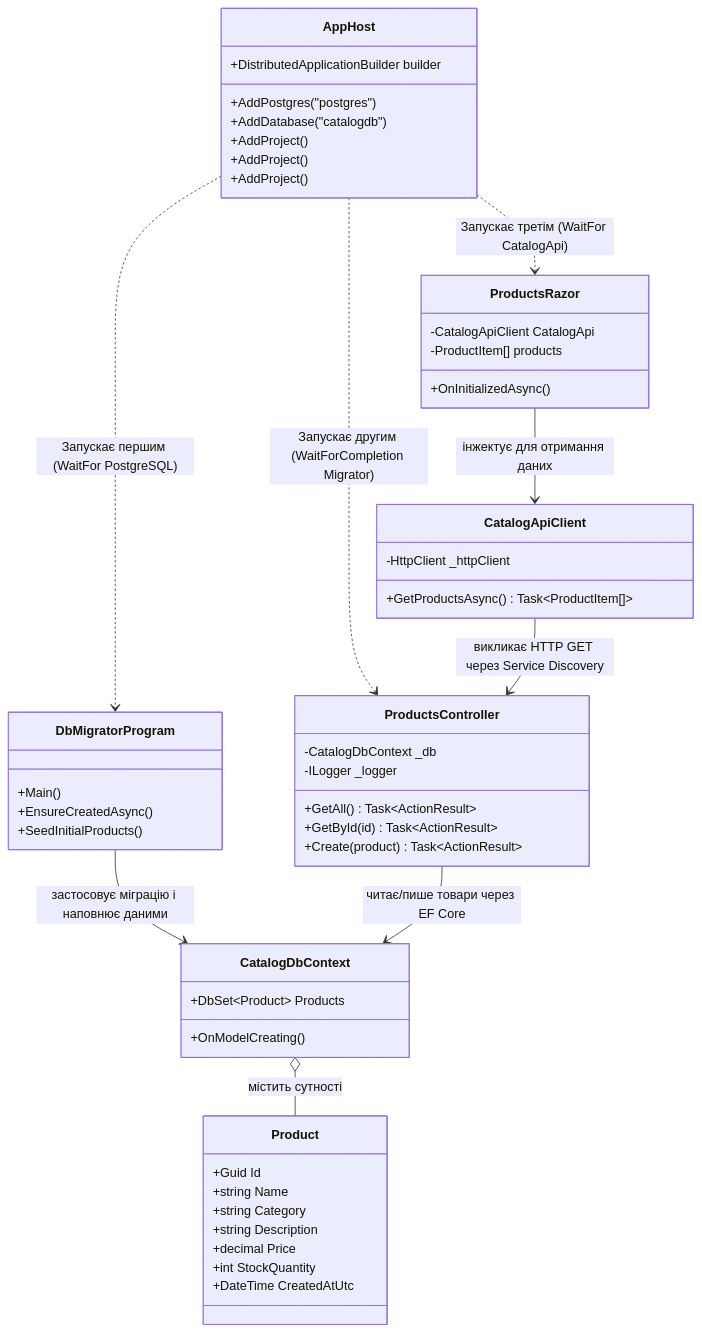
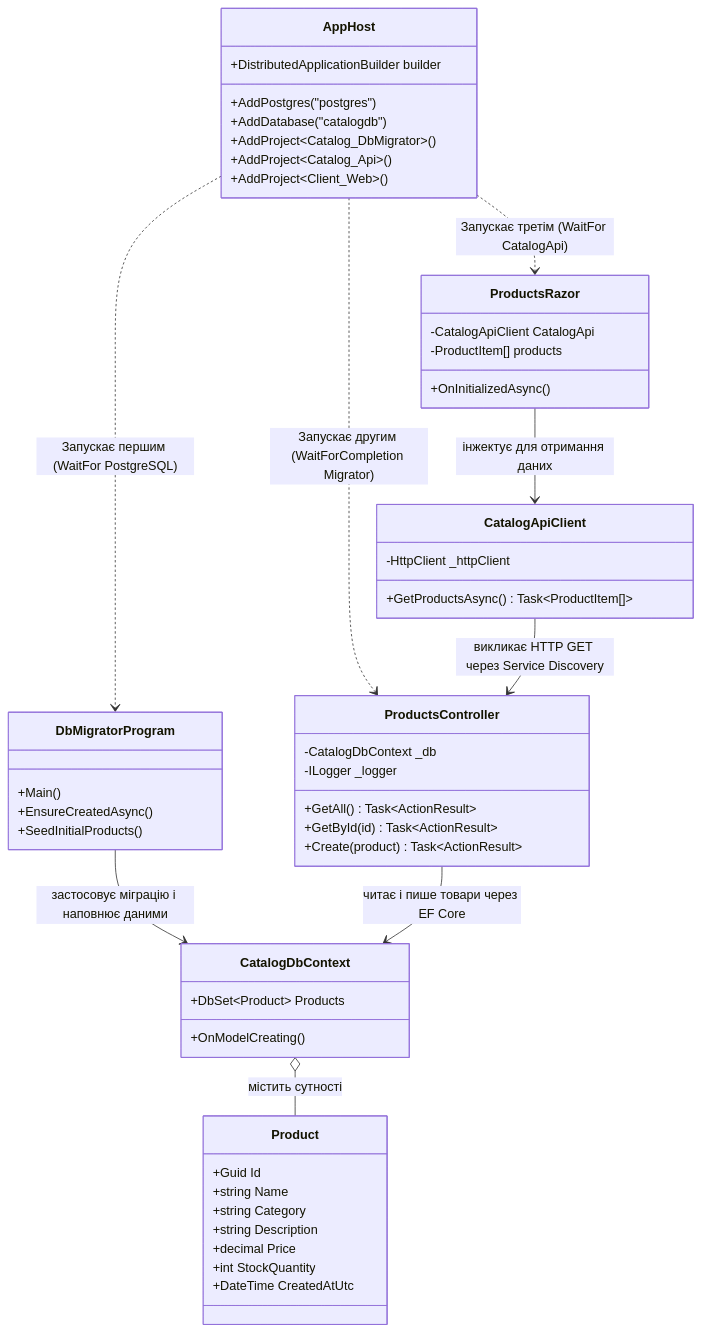
Before and after one commit to MrTomkaYurii/Microservices-Aspire-Mastery: the first of 3 diagrams in 01-Aspire-Fundamentals-And-DbMigrations/STRUCTURE-AND-DATA-FLOW.md, drawn with Mermaid. The commit also changed other lines of this file and 49 other files, not shown here.

````diff
--- a/01-Aspire-Fundamentals-And-DbMigrations/STRUCTURE-AND-DATA-FLOW.md
+++ b/01-Aspire-Fundamentals-And-DbMigrations/STRUCTURE-AND-DATA-FLOW.md
@@ -56,61 +56,61 @@
 ```mermaid
 classDiagram
     class AppHost {
         +DistributedApplicationBuilder builder
         +AddPostgres("postgres")
         +AddDatabase("catalogdb")
-        +AddProject<Catalog_DbMigrator>()
-        +AddProject<Catalog_Api>()
-        +AddProject<Client_Web>()
+        +AddProject~Catalog_DbMigrator~()
+        +AddProject~Catalog_Api~()
+        +AddProject~Client_Web~()
     }
 
     class CatalogDbContext {
         +DbSet~Product~ Products
         +OnModelCreating()
     }
 
     class Product {
         +Guid Id
         +string Name
         +string Category
         +string Description
         +decimal Price
         +int StockQuantity
         +DateTime CreatedAtUtc
     }
 
     class DbMigratorProgram {
         +Main()
         +EnsureCreatedAsync()
         +SeedInitialProducts()
     }
 
     class ProductsController {
         -CatalogDbContext _db
         -ILogger _logger
         +GetAll() Task~ActionResult~
         +GetById(id) Task~ActionResult~
         +Create(product) Task~ActionResult~
     }
 
     class CatalogApiClient {
         -HttpClient _httpClient
         +GetProductsAsync() Task~ProductItem[]~
     }
 
     class ProductsRazor {
         -CatalogApiClient CatalogApi
         -ProductItem[] products
         +OnInitializedAsync()
     }
 
     AppHost ..> DbMigratorProgram : Запускає першим (WaitFor PostgreSQL)
     AppHost ..> ProductsController : Запускає другим (WaitForCompletion Migrator)
     AppHost ..> ProductsRazor : Запускає третім (WaitFor CatalogApi)
 
     CatalogDbContext o-- Product : містить сутності
     DbMigratorProgram --> CatalogDbContext : застосовує міграцію і наповнює даними
-    ProductsController --> CatalogDbContext : читає/пише товари через EF Core
+    ProductsController --> CatalogDbContext : читає і пише товари через EF Core
     ProductsRazor --> CatalogApiClient : інжектує для отримання даних
     CatalogApiClient --> ProductsController : викликає HTTP GET через Service Discovery
 ```
````
